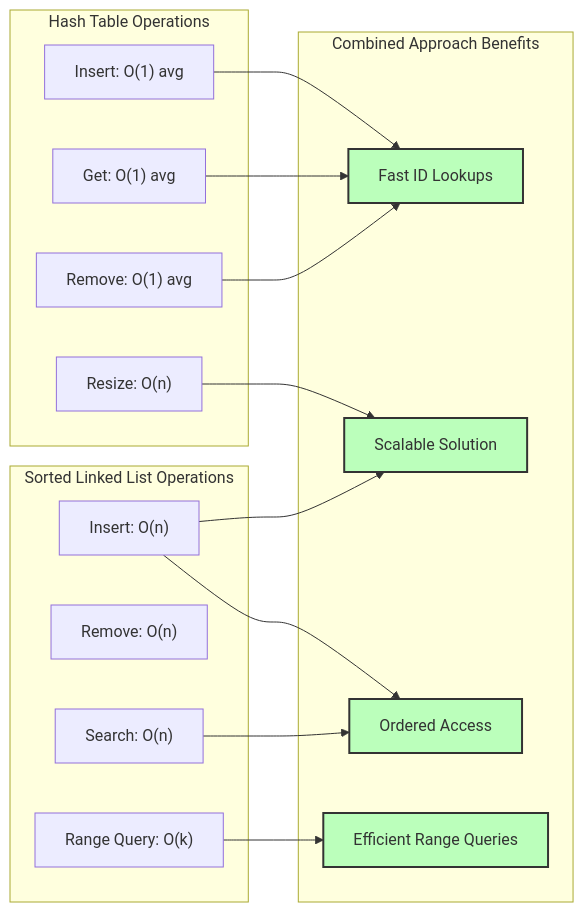
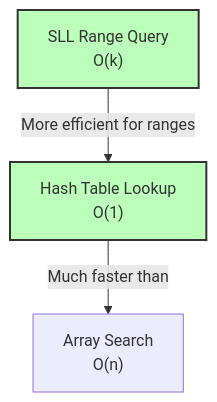
Before and after one commit to Swift-Drive-Ltd/Swift-Drive-Project: the tenth of 10 diagrams in visualDesign.md, drawn with Mermaid. The commit also changed other lines of this file, not shown here.

Commit message:
Simplified the mermaid visual to render on github

````diff
--- a/visualDesign.md
+++ b/visualDesign.md
@@ -230,33 +188,8 @@
 ```mermaid
-graph LR
-    subgraph "Hash Table Operations"
-        HT_INS["Insert: O(1) avg"]
-        HT_GET["Get: O(1) avg"]
-        HT_REM["Remove: O(1) avg"]
-        HT_RES["Resize: O(n)"]
-    end
+flowchart TD
+    HT_GET["Hash Table Lookup\nO(1)"] -->|"Much faster than"| ARR_SEARCH["Array Search\nO(n)"]
+    SLL_RANGE["SLL Range Query\nO(k)"] -->|"More efficient for ranges"| HT_GET
     
-    subgraph "Sorted Linked List Operations"
-        SLL_INS["Insert: O(n)"]
-        SLL_REM["Remove: O(n)"]
-        SLL_SRCH["Search: O(n)"]
-        SLL_RNG["Range Query: O(k)"]
-    end
-    
-    subgraph "Combined Approach Benefits"
-        FAST_ID["Fast ID Lookups"]
-        ORD_ACC["Ordered Access"]
-        RNG_QRY["Efficient Range Queries"]
-        SCAL["Scalable Solution"]
-    end
-    
-    HT_INS & HT_GET & HT_REM --> FAST_ID
-    SLL_INS & SLL_SRCH --> ORD_ACC
-    SLL_RNG --> RNG_QRY
-    HT_RES & SLL_INS --> SCAL
-    
-    style FAST_ID fill:#bfb,stroke:#333,stroke-width:2px
-    style ORD_ACC fill:#bfb,stroke:#333,stroke-width:2px
-    style RNG_QRY fill:#bfb,stroke:#333,stroke-width:2px
-    style SCAL fill:#bfb,stroke:#333,stroke-width:2px
+    style HT_GET fill:#bfb,stroke:#333,stroke-width:2px
+    style SLL_RANGE fill:#bfb,stroke:#333,stroke-width:2px
 ```
````
